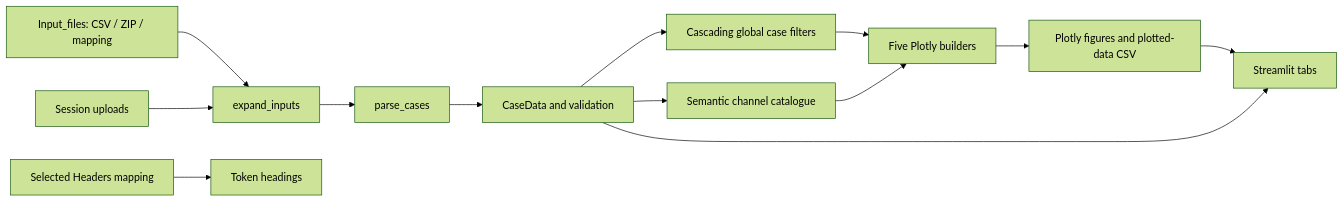
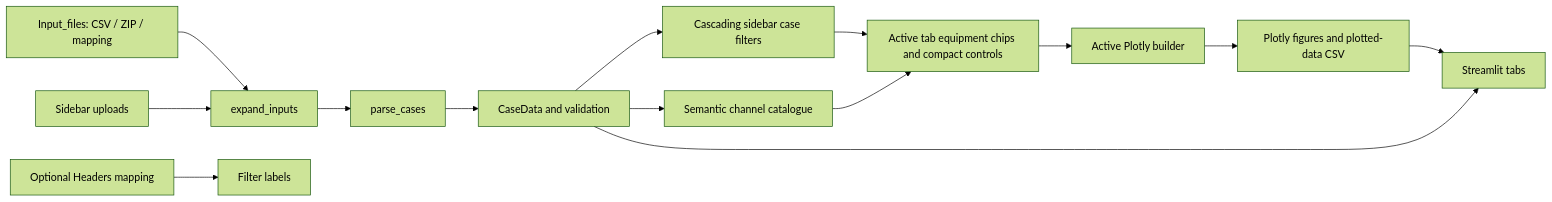
One commit to Nikduke/murakami-load-flow-dashboard changed the diagram in docs/ARCHITECTURE.md. Above: the diagram before and after it, drawn with Mermaid (forest theme). The commit also changed other lines of this file and 18 other files, not shown here.

Commit message:
feat: refine Load-Flow dashboard controls and plots

````diff
--- a/docs/ARCHITECTURE.md
+++ b/docs/ARCHITECTURE.md
@@ -5,15 +5,16 @@
 ```mermaid
 flowchart LR
   L[Input_files: CSV / ZIP / mapping] --> X[expand_inputs]
-  U[Session uploads] --> X
+  U[Sidebar uploads] --> X
   X --> P[parse_cases]
-  M[Selected Headers mapping] --> F[Token headings]
+  M[Optional Headers mapping] --> F[Filter labels]
   P --> C[CaseData and validation]
-  C --> CF[Cascading global case filters]
+  C --> CF[Cascading sidebar case filters]
   C --> CC[Semantic channel catalogue]
-  CF --> B[Five Plotly builders]
-  CC --> B
+  CF --> TC[Active tab equipment chips and compact controls]
+  CC --> TC
+  TC --> B[Active Plotly builder]
   B --> V[Plotly figures and plotted-data CSV]
   V --> S[Streamlit tabs]
   C --> S
 ```
````
